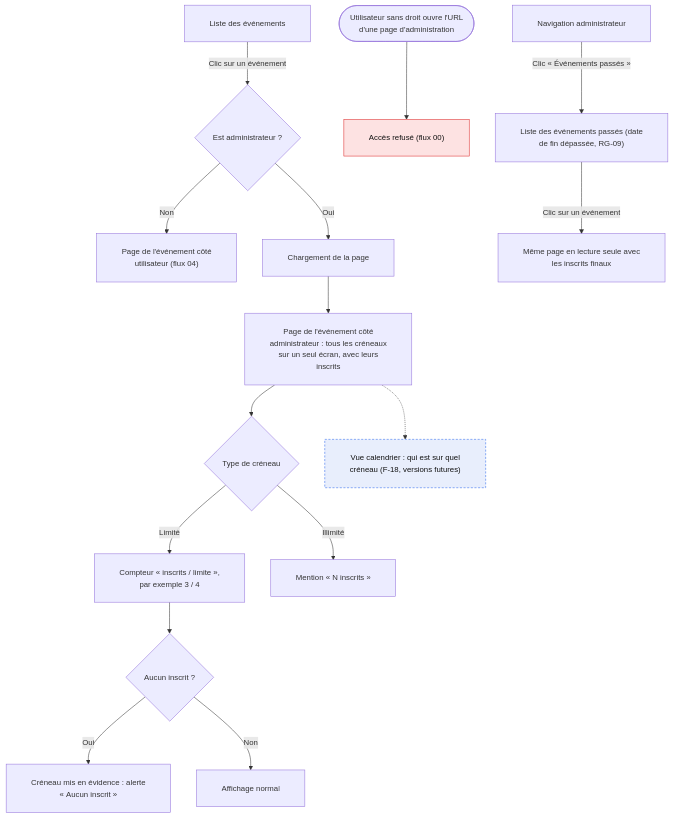
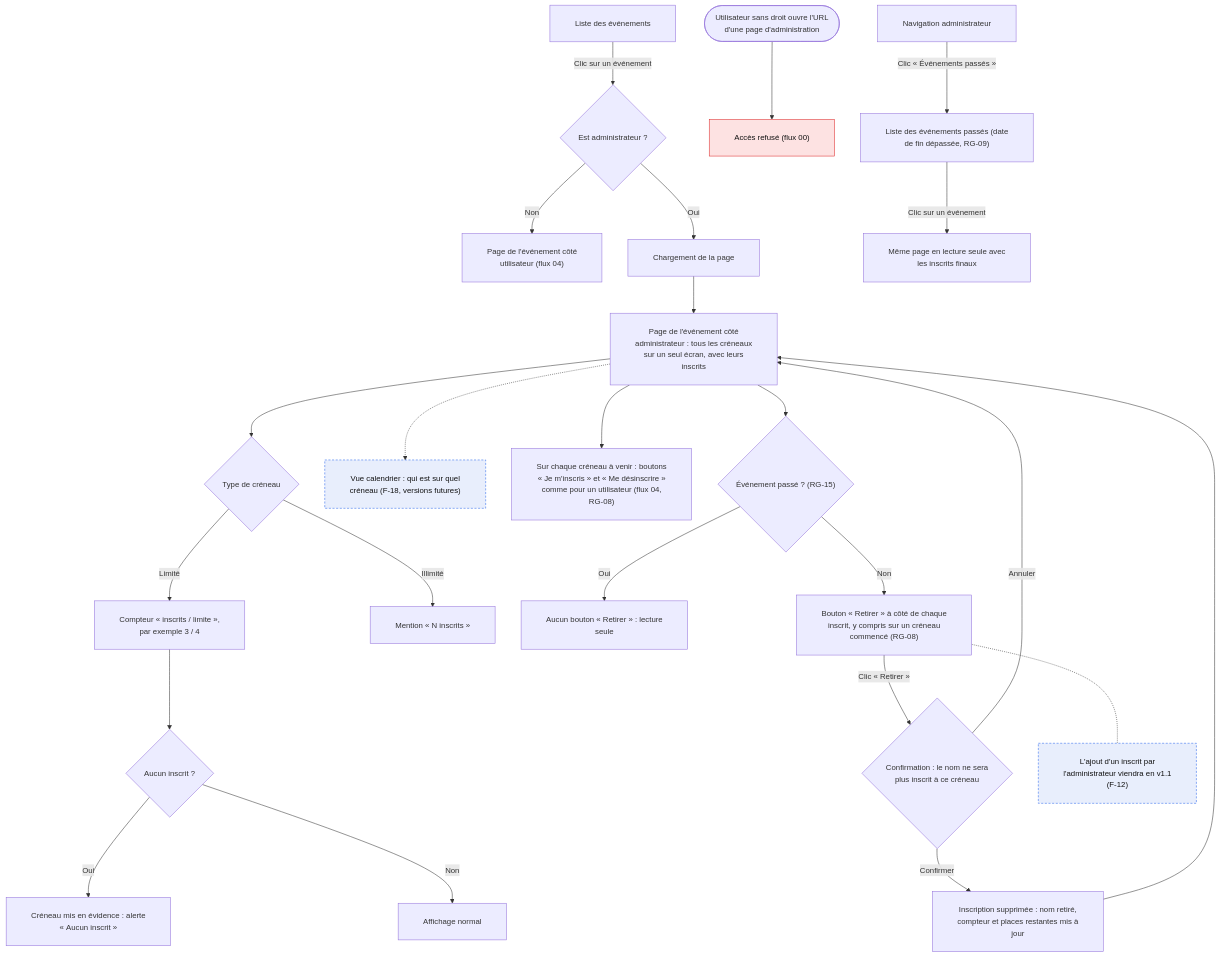
Before and after one commit to nathanjouannon/Creno: the diagram in docs/flows/06-admin-suivi-remplissage.mmd, drawn with Mermaid. The commit also changed 13 other files, not shown here.

```diff
--- a/docs/flows/06-admin-suivi-remplissage.mmd
+++ b/docs/flows/06-admin-suivi-remplissage.mmd
@@ -1,26 +1,36 @@
 %%{init: {"flowchart": {"htmlLabels": true, "wrappingWidth": 360, "padding": 24, "nodeSpacing": 50, "rankSpacing": 60, "curve": "basis"}, "themeVariables": {"fontSize": "15px"}}}%%
-%% Administrateur : suivi du remplissage et événements passés (F-09, F-03, RG-07, RG-09)
+%% Administrateur : suivi du remplissage et événements passés (F-09, F-03, RG-07, RG-08, RG-09, RG-15)
 %% La vue de remplissage est la page de l'événement côté administrateur (même écran). La vue calendrier (F-18) viendra plus tard.
 %% Légende : rectangle = écran, stade = action, losange = décision, rouge = erreur / refus, orange = à confirmer
 flowchart TD
     classDef error fill:#fde2e2,stroke:#dc2626,color:#111
     classDef future fill:#e8eefc,stroke:#2563eb,stroke-dasharray: 4 3,color:#111
 
     L["Liste des événements"] -->|"Clic sur un événement"| W{"Est administrateur ?"}
     W -->|"Non"| USR["Page de l'événement côté<br/>utilisateur (flux 04)"]
     W -->|"Oui"| LOAD["Chargement de la page"]
     LOAD --> VUE["Page de l'événement côté<br/>administrateur : tous les créneaux<br/>sur un seul écran, avec leurs<br/>inscrits"]
 
     VUE --> T{"Type de créneau"}
     T -->|"Limité"| T1["Compteur « inscrits / limite »,<br/>par exemple 3 / 4"]
     T -->|"Illimité"| T2["Mention « N inscrits »"]
     T1 --> Z{"Aucun inscrit ?"}
     Z -->|"Oui"| Z1["Créneau mis en évidence : alerte<br/>« Aucun inscrit »"]
     Z -->|"Non"| Z2["Affichage normal"]
 
     VUE -.-> CAL["Vue calendrier : qui est sur quel<br/>créneau (F-18, versions futures)"]:::future
 
     ACC(["Utilisateur sans droit ouvre l'URL<br/>d'une page d'administration"]) --> DENY["Accès refusé (flux 00)"]:::error
 
     ADM["Navigation administrateur"] -->|"Clic « Événements passés »"| P1["Liste des événements passés (date<br/>de fin dépassée, RG-09)"]
     P1 -->|"Clic sur un événement"| P2["Même page en lecture seule avec<br/>les inscrits finaux"]
+
+    VUE --> OWN["Sur chaque créneau à venir : boutons<br/>« Je m'inscris » et « Me désinscrire »<br/>comme pour un utilisateur (flux 04,<br/>RG-08)"]
+    VUE --> RM{"Événement passé ? (RG-15)"}
+    RM -->|"Oui"| RM0["Aucun bouton « Retirer » : lecture<br/>seule"]
+    RM -->|"Non"| RM1["Bouton « Retirer » à côté de chaque<br/>inscrit, y compris sur un créneau<br/>commencé (RG-08)"]
+    RM1 -->|"Clic « Retirer »"| RM2{"Confirmation : le nom ne sera<br/>plus inscrit à ce créneau"}
+    RM2 -->|"Annuler"| VUE
+    RM2 -->|"Confirmer"| RM3["Inscription supprimée : nom retiré,<br/>compteur et places restantes mis à<br/>jour"]
+    RM3 --> VUE
+    RM1 -.- RM4["L'ajout d'un inscrit par<br/>l'administrateur viendra en v1.1<br/>(F-12)"]:::future
```
